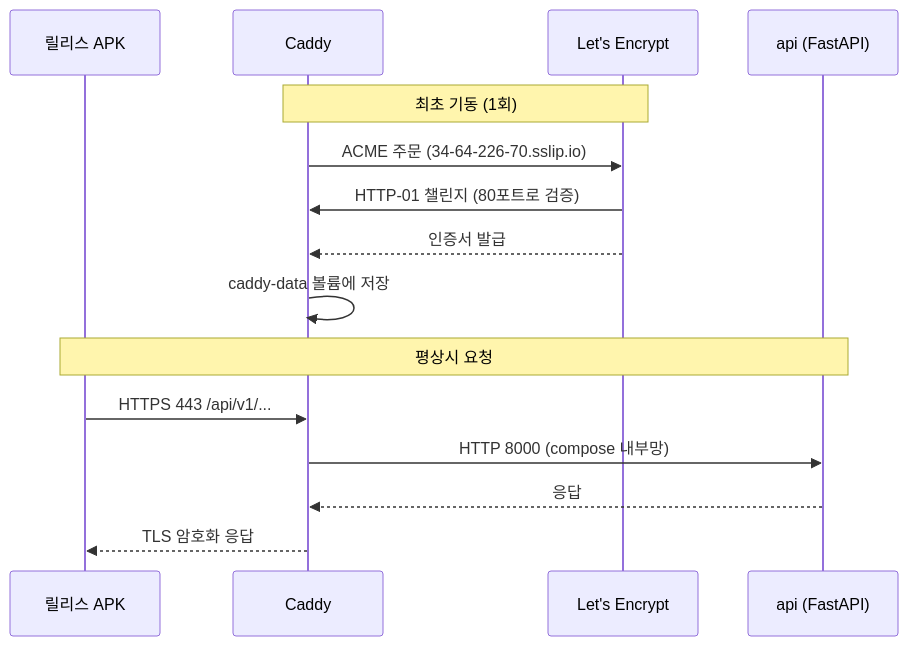
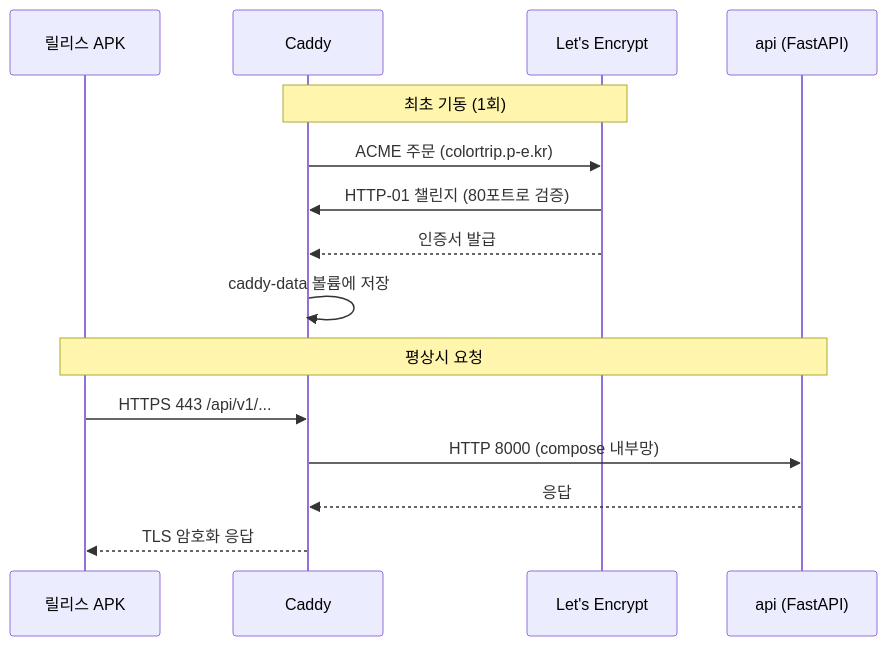
One commit to Rainbow-Developer/ColorTrip changed the diagram in docs/specs/065-dev-https/description.md. Above: the diagram before and after it, drawn with Mermaid. The commit also changed other lines of this file and 28 other files, not shown here.

````diff
--- a/docs/specs/065-dev-https/description.md
+++ b/docs/specs/065-dev-https/description.md
@@ -13,19 +13,19 @@
 ```mermaid
 sequenceDiagram
     participant APK as 릴리스 APK
     participant Caddy
     participant LE as Let's Encrypt
     participant API as api (FastAPI)
 
     Note over Caddy,LE: 최초 기동 (1회)
-    Caddy->>LE: ACME 주문 (34-64-226-70.sslip.io)
+    Caddy->>LE: ACME 주문 (colortrip.p-e.kr)
     LE->>Caddy: HTTP-01 챌린지 (80포트로 검증)
     LE-->>Caddy: 인증서 발급
     Caddy->>Caddy: caddy-data 볼륨에 저장
 
     Note over APK,API: 평상시 요청
     APK->>Caddy: HTTPS 443 /api/v1/...
     Caddy->>API: HTTP 8000 (compose 내부망)
     API-->>Caddy: 응답
     Caddy-->>APK: TLS 암호화 응답
 ```
````
